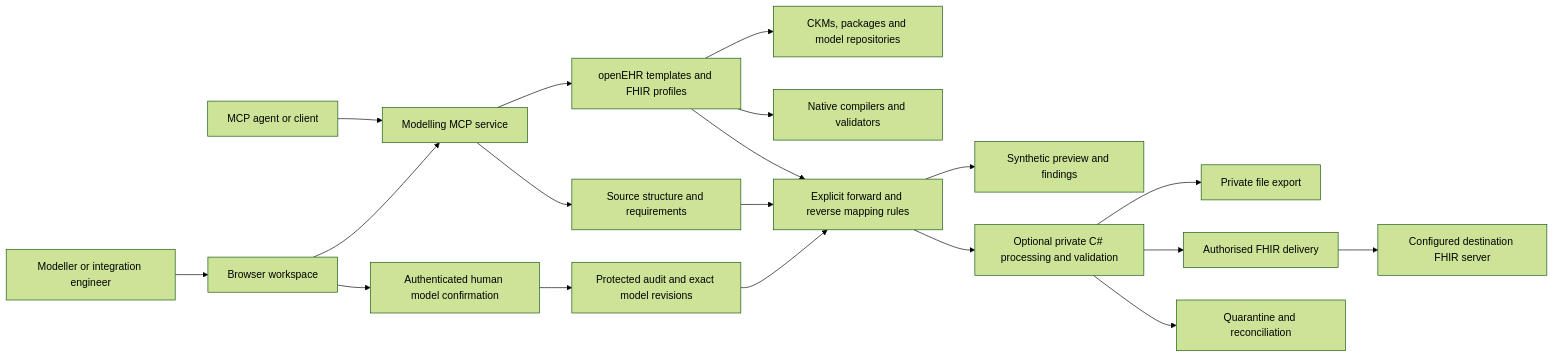
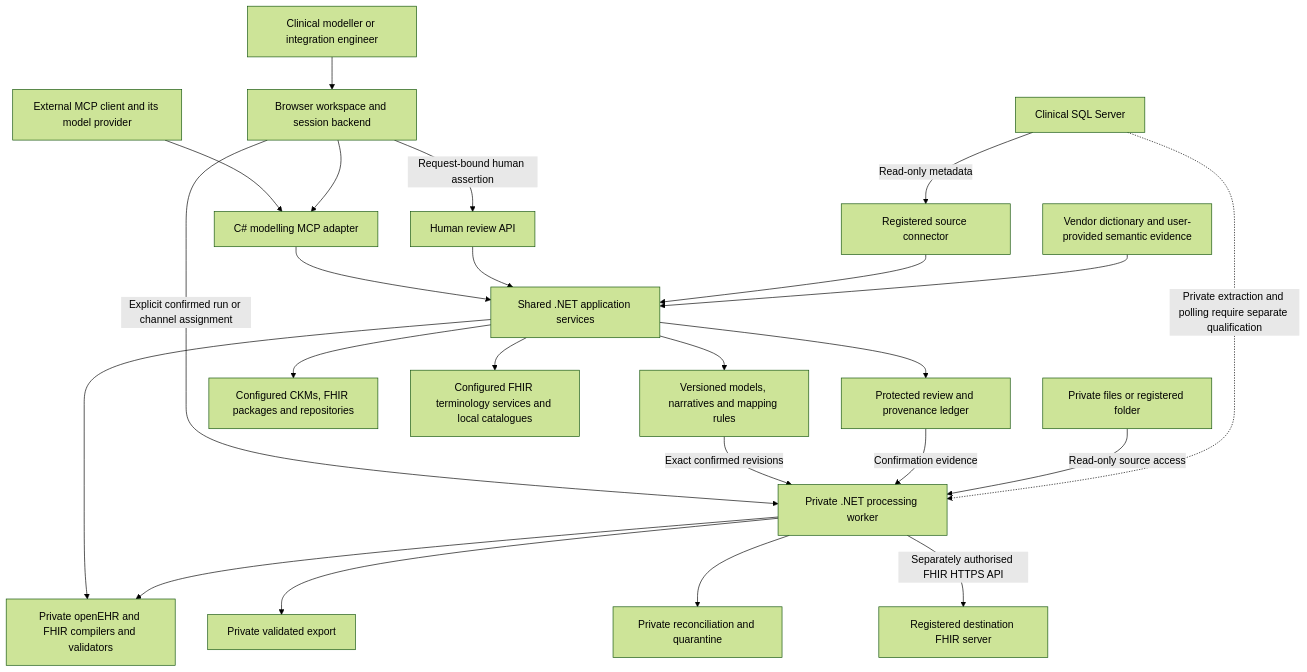
One commit to CzarMich/openehr_FHIR_Modeller changed the diagram in docs/ARCHITECTURE.md. Above: the diagram before and after it, drawn with Mermaid (forest theme). The commit also changed other lines of this file and 7 other files, not shown here.

Commit message:
docs: define clinical platform architecture and source qualification

````diff
--- a/docs/ARCHITECTURE.md
+++ b/docs/ARCHITECTURE.md
@@ -14,21 +9,26 @@
 ```mermaid
-flowchart LR
-    User[Modeller or integration engineer] --> Browser[Browser workspace]
-    Agent[MCP agent or client] --> MCP[Modelling MCP service]
+flowchart TB
+    Human[Clinical modeller or integration engineer] --> Browser[Browser workspace and session backend]
+    Client[External MCP client and its model provider] --> MCP[C# modelling MCP adapter]
     Browser --> MCP
-    MCP --> Sources[Source structure and requirements]
-    MCP --> Models[openEHR templates and FHIR profiles]
-    Models --> Reuse[CKMs, packages and model repositories]
-    Models --> Engines[Native compilers and validators]
-    Browser --> Review[Authenticated human model confirmation]
-    Review --> Audit[Protected audit and exact model revisions]
-    Models --> Mapping[Explicit forward and reverse mapping rules]
-    Sources --> Mapping
-    Audit --> Mapping
-    Mapping --> Preview[Synthetic preview and findings]
-    Mapping --> Runtime[Optional private C# processing and validation]
-    Runtime --> Export[Private file export]
-    Runtime --> Delivery[Authorised FHIR delivery]
-    Delivery --> Destination[Configured destination FHIR server]
-    Runtime --> Reconcile[Quarantine and reconciliation]
+    Browser -->|Request-bound human assertion| Review[Human review API]
+    MCP --> App[Shared .NET application services]
+    Review --> App
+    App --> Models[Versioned models, narratives and mapping rules]
+    App --> Audit[Protected review and provenance ledger]
+    App --> Standards[Private openEHR and FHIR compilers and validators]
+    App --> Definitions[Configured CKMs, FHIR packages and repositories]
+    App --> Terminology[Configured FHIR terminology services and local catalogues]
+    DB[Clinical SQL Server] -->|Read-only metadata| Discovery[Registered source connector]
+    Discovery --> App
+    Dictionary[Vendor dictionary and user-provided semantic evidence] --> App
+    Browser -->|Explicit confirmed run or channel assignment| Runtime[Private .NET processing worker]
+    Models -->|Exact confirmed revisions| Runtime
+    Audit -->|Confirmation evidence| Runtime
+    Files[Private files or registered folder] -->|Read-only source access| Runtime
+    DB -. Private extraction and polling require separate qualification .-> Runtime
+    Runtime --> Standards
+    Runtime --> Export[Private validated export]
+    Runtime --> Quarantine[Private reconciliation and quarantine]
+    Runtime -->|Separately authorised FHIR HTTPS API| Destination[Registered destination FHIR server]
 ```
````
